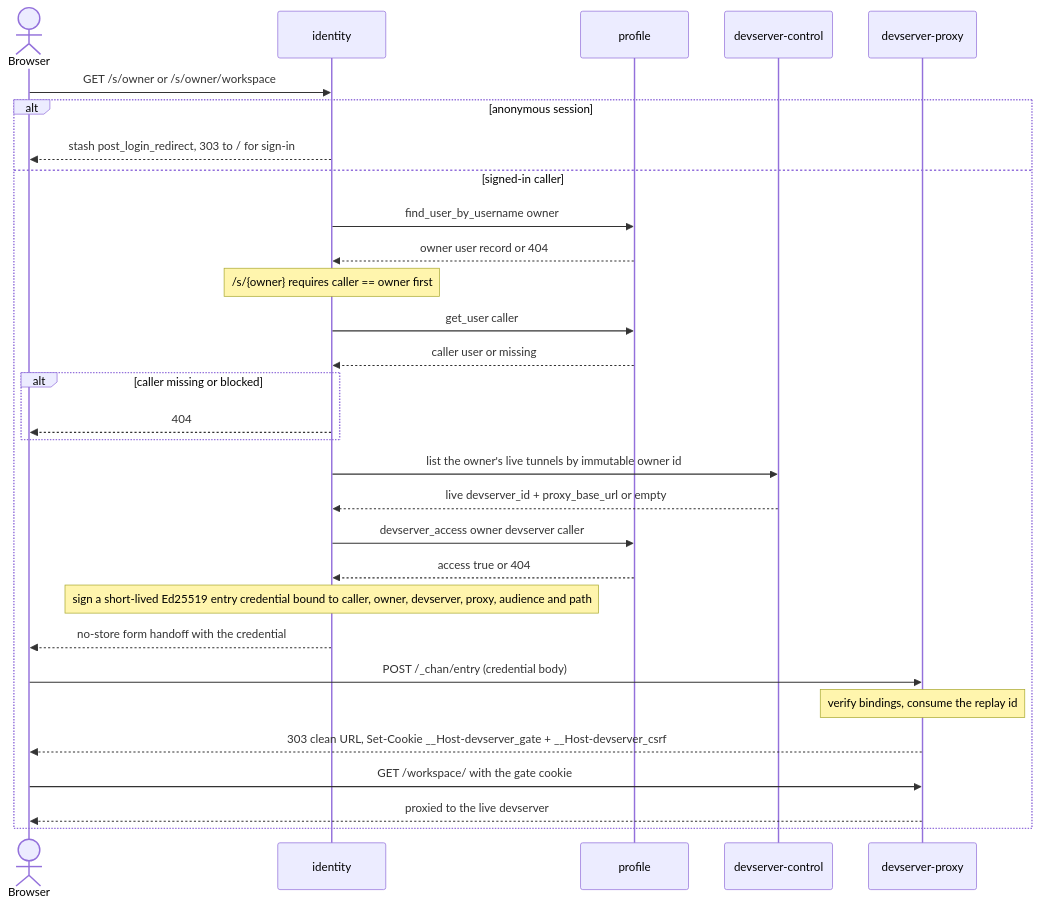
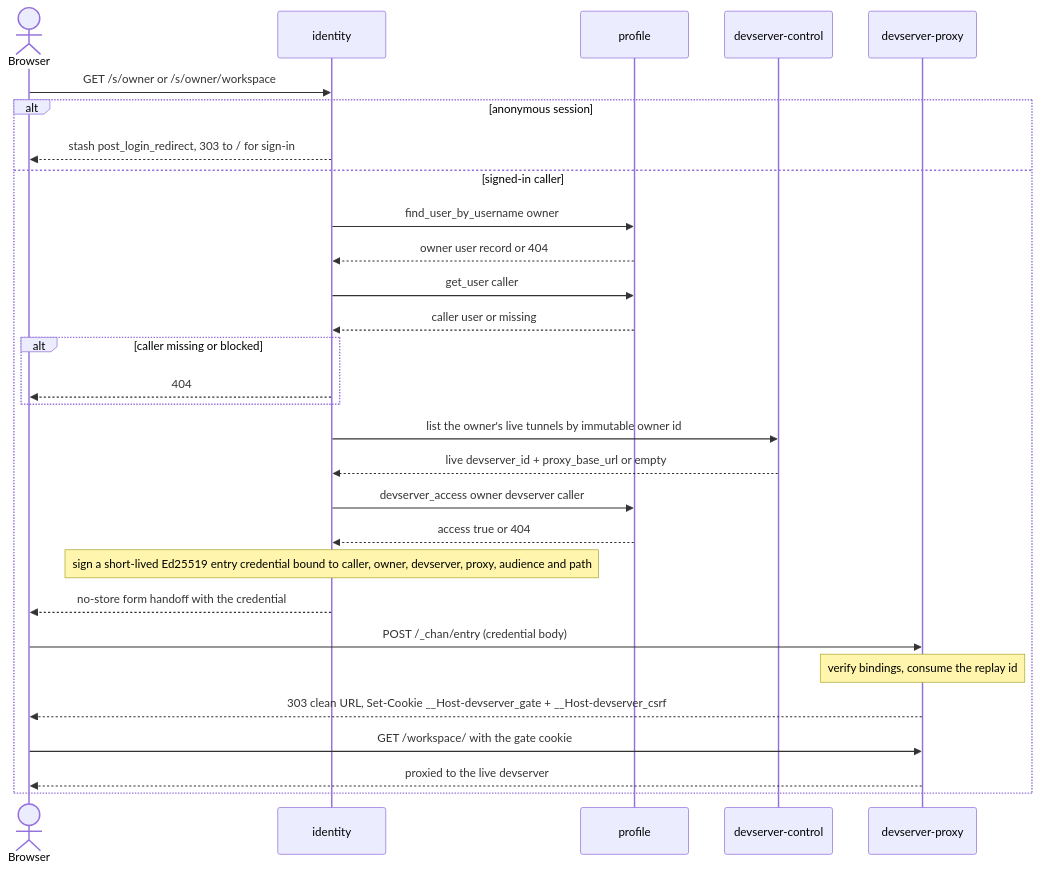
One commit to fiorix/chan changed the second of 2 diagrams in gateway/crates/identity/design.md. Above: the diagram before and after it, drawn with Mermaid. The commit also changed other lines of this file and 2 other files, not shown here.

````diff
--- a/gateway/crates/identity/design.md
+++ b/gateway/crates/identity/design.md
@@ -99,33 +99,32 @@
 ```mermaid
 sequenceDiagram
     actor Browser
     participant ID as identity
     participant Profile as profile
     participant Control as devserver-control
     participant Proxy as devserver-proxy
 
     Browser->>ID: GET /s/owner or /s/owner/workspace
     alt anonymous session
         ID-->>Browser: stash post_login_redirect, 303 to / for sign-in
     else signed-in caller
         ID->>Profile: find_user_by_username owner
         Profile-->>ID: owner user record or 404
-        Note over ID: /s/{owner} requires caller == owner first
         ID->>Profile: get_user caller
         Profile-->>ID: caller user or missing
         alt caller missing or blocked
             ID-->>Browser: 404
         end
         ID->>Control: list the owner's live tunnels by immutable owner id
         Control-->>ID: live devserver_id + proxy_base_url or empty
         ID->>Profile: devserver_access owner devserver caller
         Profile-->>ID: access true or 404
         Note over ID: sign a short-lived Ed25519 entry credential bound to caller, owner, devserver, proxy, audience and path
         ID-->>Browser: no-store form handoff with the credential
         Browser->>Proxy: POST /_chan/entry (credential body)
         Note over Proxy: verify bindings, consume the replay id
         Proxy-->>Browser: 303 clean URL, Set-Cookie __Host-devserver_gate + __Host-devserver_csrf
         Browser->>Proxy: GET /workspace/ with the gate cookie
         Proxy-->>Browser: proxied to the live devserver
     end
 ```
````
